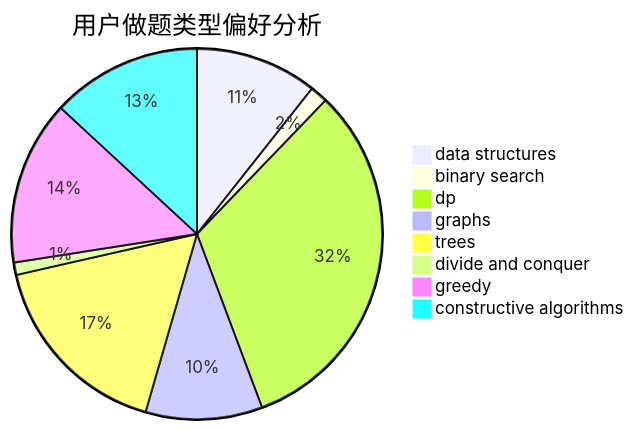
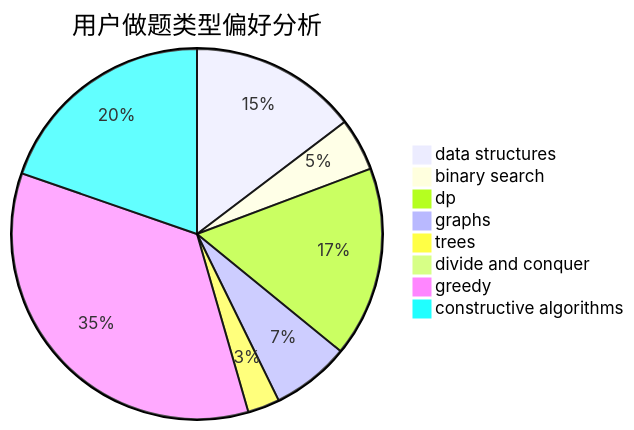
One commit to sherpahu/cfrs.github.io changed the second of 3 diagrams in docs/user/u1890.md. Above: the diagram before and after it, drawn with Mermaid. The commit also changed other lines of this file and 2770 other files, not shown here.

````diff
--- a/docs/user/u1890.md
+++ b/docs/user/u1890.md
@@ -23,11 +23,11 @@
 ```mermaid
 pie title 用户做题类型偏好分析
-    "data structures" :  69
-    "binary search" :  10
-    "dp" :  208
-    "graphs" :  66
-    "trees" :  110
-    "divide and conquer" :  7
-    "greedy" :  93
-    "constructive algorithms" :  85
+    "data structures" :  105
+    "binary search" :  33
+    "dp" :  119
+    "graphs" :  49
+    "trees" :  20
+    "divide and conquer" :  1
+    "greedy" :  249
+    "constructive algorithms" :  141
 ```
````
